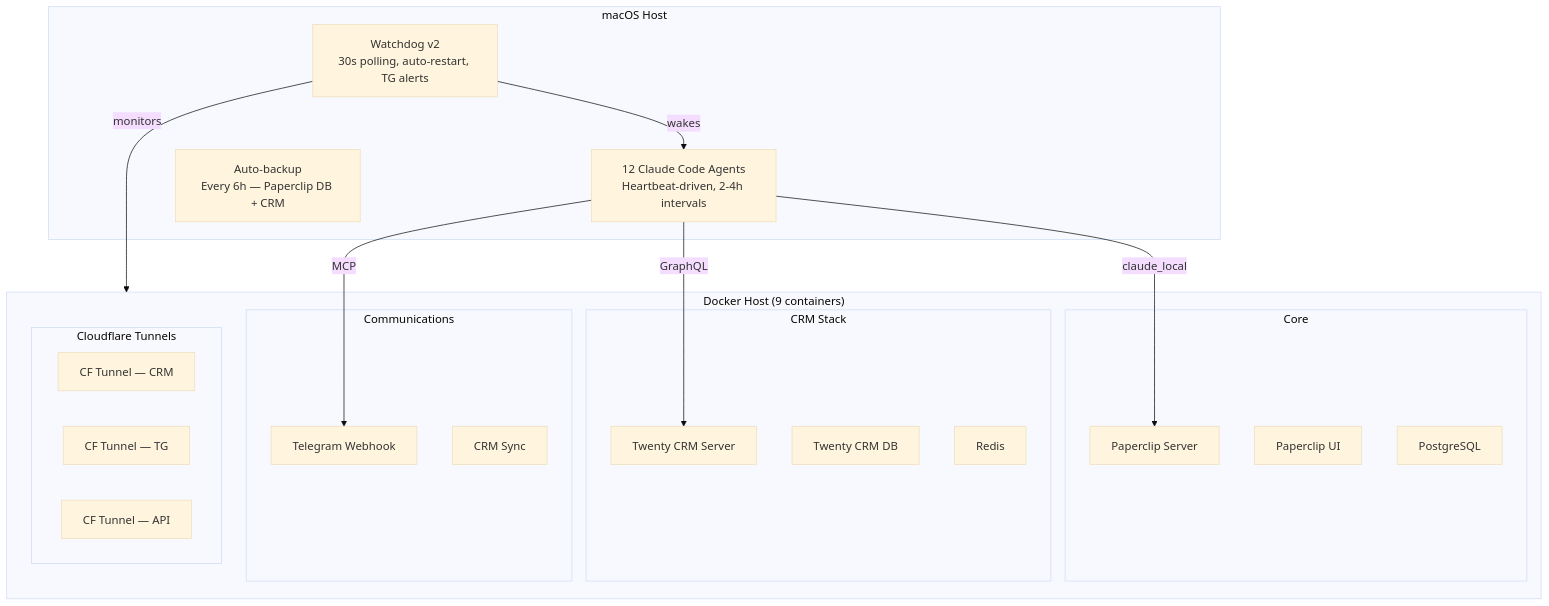
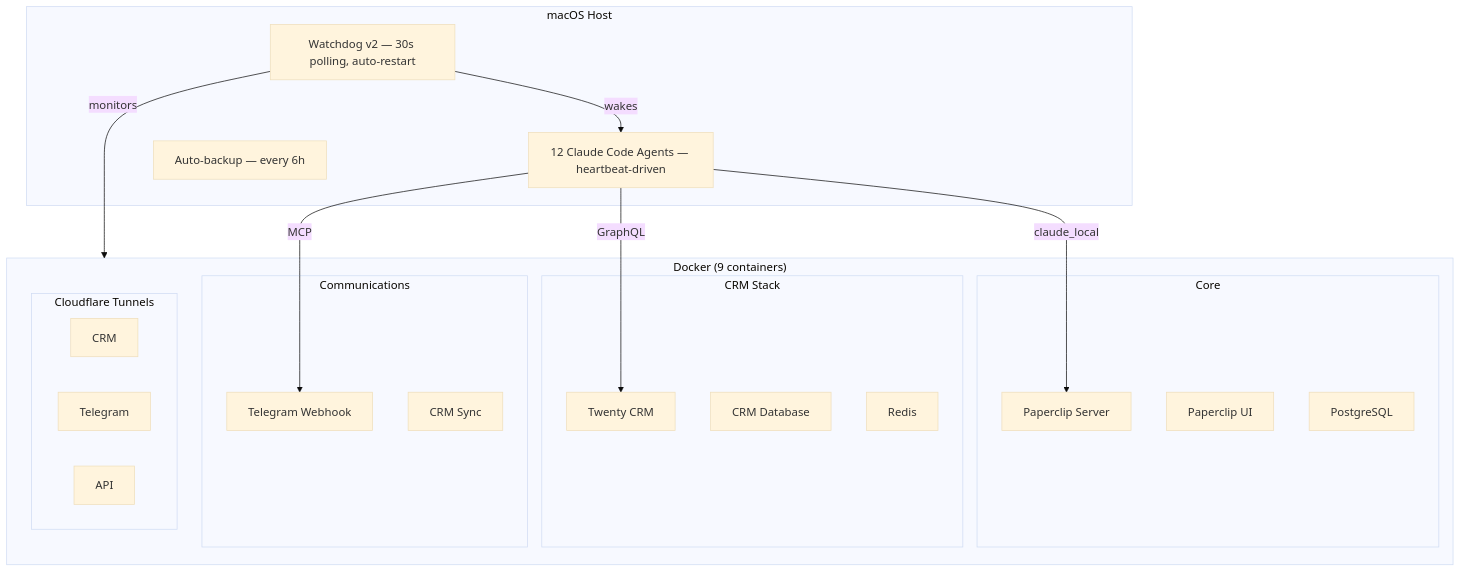
One commit to tr00x/paperclip changed the second of 2 diagrams in README.md. Above: the diagram before and after it, drawn with Mermaid (base theme). The commit also changed other lines of this file, not shown here.

````diff
--- a/README.md
+++ b/README.md
@@ -374,34 +111,34 @@
 ```mermaid
 graph TB
-    subgraph Docker["Docker Host (9 containers)"]
+    subgraph Docker["Docker (9 containers)"]
         subgraph Core["Core"]
             PS[Paperclip Server]
             PU[Paperclip UI]
             PG[PostgreSQL]
         end
         subgraph CRM["CRM Stack"]
-            TS[Twenty CRM Server]
-            TD[Twenty CRM DB]
+            TS[Twenty CRM]
+            TD[CRM Database]
             TR[Redis]
         end
         subgraph Comms["Communications"]
             TW[Telegram Webhook]
             CS[CRM Sync]
         end
         subgraph Tunnels["Cloudflare Tunnels"]
-            T1[CF Tunnel — CRM]
-            T2[CF Tunnel — TG]
-            T3[CF Tunnel — API]
+            T1[CRM]
+            T2[Telegram]
+            T3[API]
         end
     end
     subgraph Host["macOS Host"]
-        WD["Watchdog v2<br/>30s polling, auto-restart, TG alerts"]
-        AG["12 Claude Code Agents<br/>Heartbeat-driven, 2-4h intervals"]
-        BK["Auto-backup<br/>Every 6h — Paperclip DB + CRM"]
+        WD["Watchdog v2 — 30s polling, auto-restart"]
+        AG["12 Claude Code Agents — heartbeat-driven"]
+        BK["Auto-backup — every 6h"]
     end
     AG -->|claude_local| PS
     AG -->|GraphQL| TS
     AG -->|MCP| TW
     WD -->|monitors| Docker
     WD -->|wakes| AG
 ```
````
